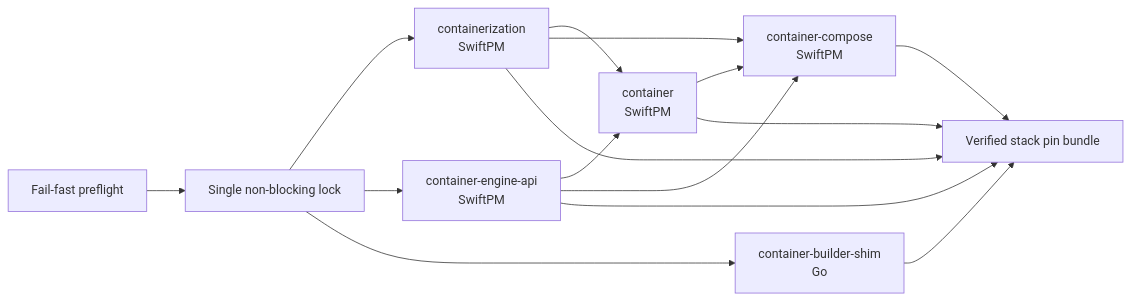
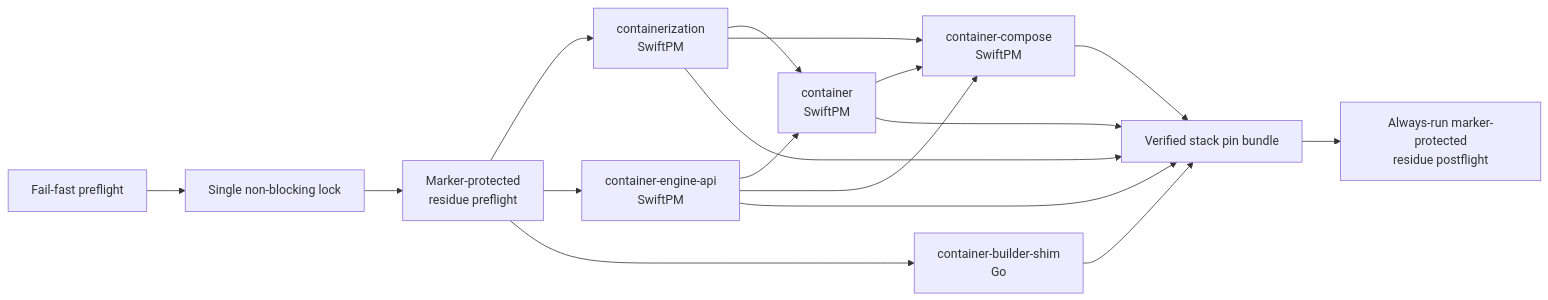
The first of 4 diagrams in docs/architecture/recoverable-container-family-builds.md (stephenlclarke/container-compose), drawn with Mermaid before and after one commit. The commit also changed other lines of this file and 16 other files, not shown here.

````diff
--- a/docs/architecture/recoverable-container-family-builds.md
+++ b/docs/architecture/recoverable-container-family-builds.md
@@ -23,17 +23,19 @@
 ```mermaid
 flowchart LR
   preflight[Fail-fast preflight] --> lock[Single non-blocking lock]
-  lock --> cz[containerization<br/>SwiftPM]
-  lock --> api[container-engine-api<br/>SwiftPM]
-  lock --> shim[container-builder-shim<br/>Go]
+  lock --> cleanBefore[Marker-protected<br/>residue preflight]
+  cleanBefore --> cz[containerization<br/>SwiftPM]
+  cleanBefore --> api[container-engine-api<br/>SwiftPM]
+  cleanBefore --> shim[container-builder-shim<br/>Go]
   cz --> container[container<br/>SwiftPM]
   api --> container
   container --> compose[container-compose<br/>SwiftPM]
   cz --> compose
   api --> compose
   cz --> bundle[Verified stack pin bundle]
   api --> bundle
   shim --> bundle
   container --> bundle
   compose --> bundle
+  bundle --> cleanAfter[Always-run marker-protected<br/>residue postflight]
 ```
````
